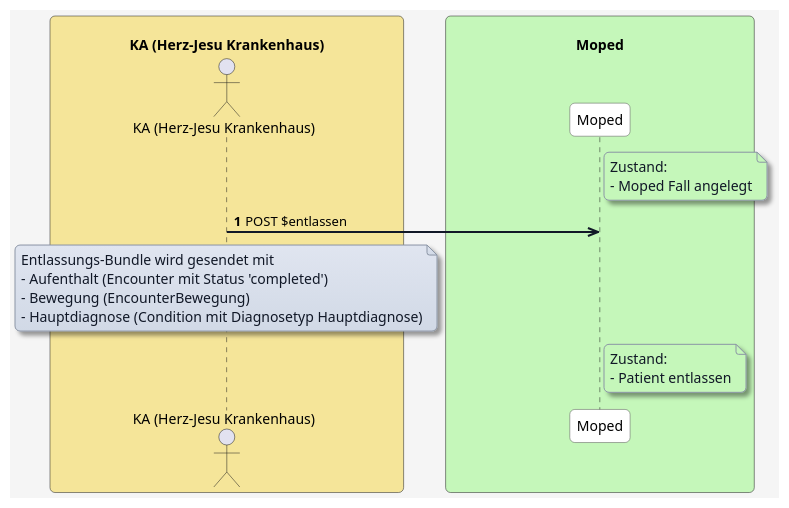
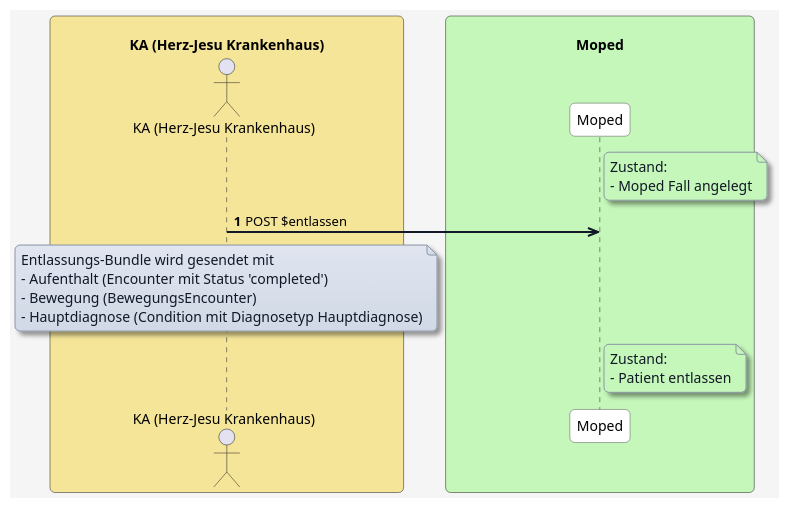
Before and after one commit to HL7Austria/ELGA-MOPED-R5: the diagram in plantuml/moped-fall-entlassung/entlassen-mit-hauptdiagnose.plantuml, drawn with PlantUML. The commit also changed 8 other files, not shown here.

Commit message:
BewegungsEncounter einheitlich benennen

```diff
--- a/plantuml/moped-fall-entlassung/entlassen-mit-hauptdiagnose.plantuml
+++ b/plantuml/moped-fall-entlassung/entlassen-mit-hauptdiagnose.plantuml
@@ -1,71 +1,71 @@
 @startuml
 skinparam borderColor #000000
 skinparam backgroundColor #f5f5f5
 skinparam shadowing false
 skinparam roundCorner 10
 skinparam defaultFontName "Arial"
 skinparam defaultFontSize 14
 skinparam defaultFontColor #000000
 
 skinparam note {
   BackgroundColor #e0e5f0-#d1d9e6
   BorderColor #8b95a5
   BorderThickness 1
   RoundCorner 8
   Padding 6
   FontColor #111827
   Shadowing true
 }
 
 skinparam HyperlinkColor #0000EE
 skinparam HyperlinkUnderline false
 
 skinparam sequence {
   ParticipantBorderColor #555555
   ParticipantBackgroundColor #ffffff
   ParticipantFontColor #000000
   ParticipantFontSize 14
   ParticipantPadding 20
   ArrowColor #111827
   ArrowThickness 2
   ArrowFontColor #000000
   ArrowFontSize 13
   GroupBorderColor #111827
   GroupBackgroundColor #f3f4f6
   GroupBorderThickness 1
 }
 
 skinparam BoxPadding 20
 skinparam BoxBorderColor #555555
 
 box "\n                     KA (Herz-Jesu Krankenhaus)                     " #f5e599
   actor KA as "KA (Herz-Jesu Krankenhaus)"
 end box
 
 box "\n                                   Moped                                   " #c5f7ba
   participant MP as "Moped"
 end box
 
 
 autonumber
 
 note right of MP #c5f7ba
 Zustand:
 - Moped Fall angelegt
 end note
 
 KA ->> MP: POST $entlassen
 
 note over KA
 Entlassungs-Bundle wird gesendet mit
 - Aufenthalt (Encounter mit Status 'completed')
-- Bewegung (EncounterBewegung)
+- Bewegung (BewegungsEncounter)
 - Hauptdiagnose (Condition mit Diagnosetyp Hauptdiagnose)
 end note
 
 note right of MP #c5f7ba
 Zustand:
 - Patient entlassen
 end note
 
 @enduml
```
